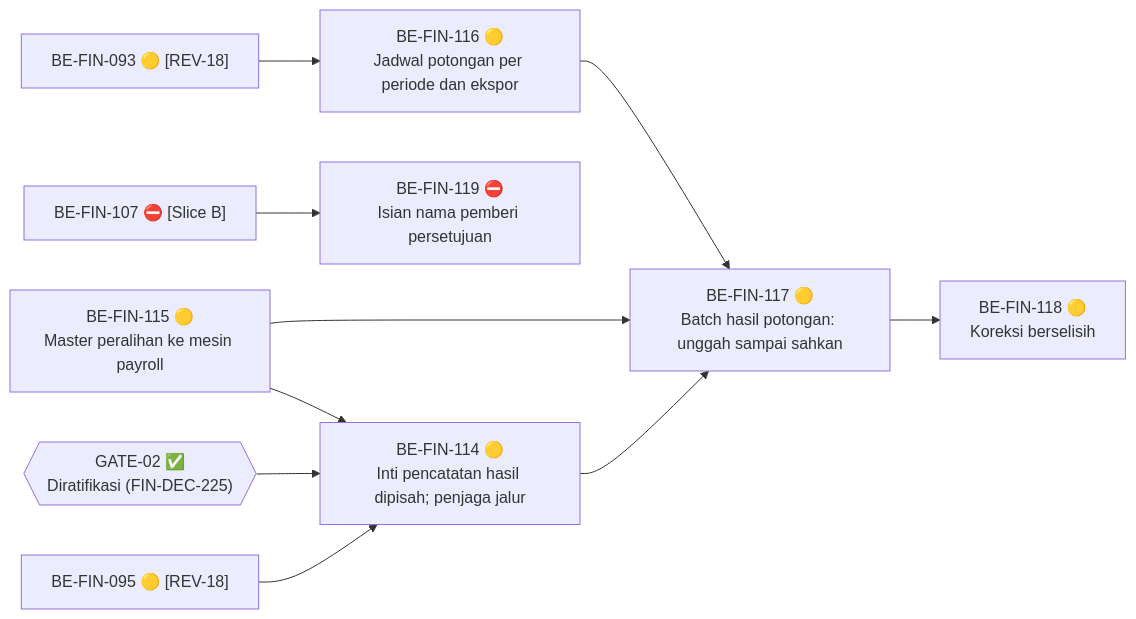
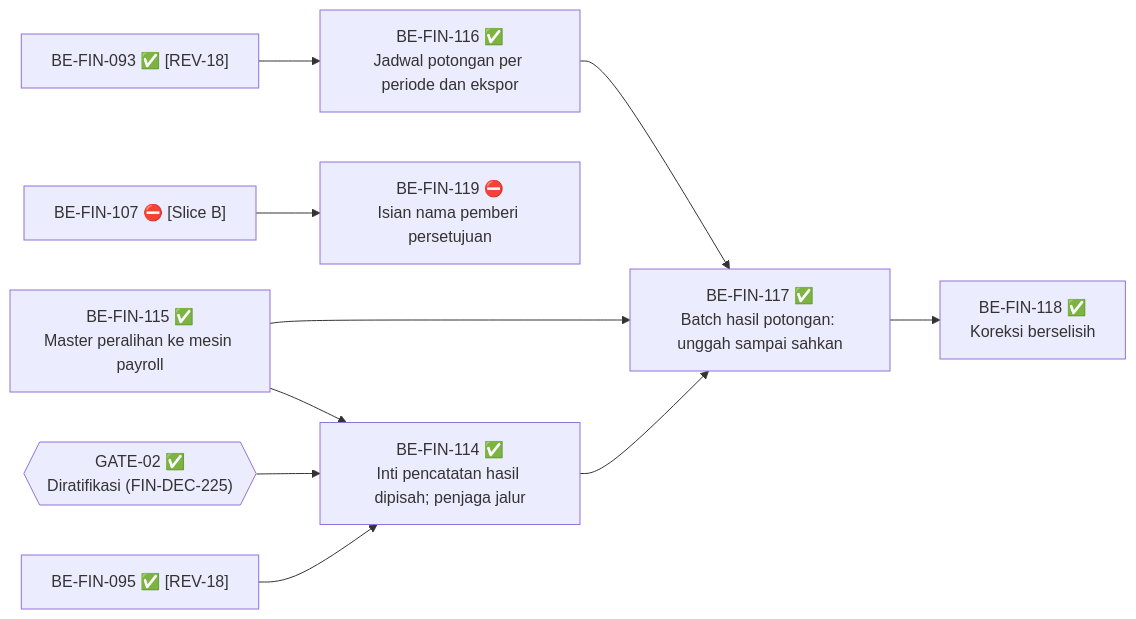
One commit to DevBenari/NewQuilvianSystemBackend changed the seventh of 7 diagrams in docs/module-blueprints/finance-management/roadmap/01-backend-roadmap.md. Above: the diagram before and after it, drawn with Mermaid. The commit also changed other lines of this file and 112 other files, not shown here.

````diff
--- a/docs/module-blueprints/finance-management/roadmap/01-backend-roadmap.md
+++ b/docs/module-blueprints/finance-management/roadmap/01-backend-roadmap.md
@@ -1956,22 +1956,22 @@
 ```mermaid
 flowchart LR
-    M093["BE-FIN-093 🟡 [REV-18]"]
-    M095["BE-FIN-095 🟡 [REV-18]"]
+    M093["BE-FIN-093 ✅ [REV-18]"]
+    M095["BE-FIN-095 ✅ [REV-18]"]
     M107["BE-FIN-107 ⛔ [Slice B]"]
     G02{{"GATE-02 ✅<br/>Diratifikasi (FIN-DEC-225)"}}
-    BE115["BE-FIN-115 🟡<br/>Master peralihan ke mesin payroll"]
-    BE116["BE-FIN-116 🟡<br/>Jadwal potongan per periode dan ekspor"]
-    BE114["BE-FIN-114 🟡<br/>Inti pencatatan hasil dipisah; penjaga jalur"]
-    BE117["BE-FIN-117 🟡<br/>Batch hasil potongan: unggah sampai sahkan"]
-    BE118["BE-FIN-118 🟡<br/>Koreksi berselisih"]
+    BE115["BE-FIN-115 ✅<br/>Master peralihan ke mesin payroll"]
+    BE116["BE-FIN-116 ✅<br/>Jadwal potongan per periode dan ekspor"]
+    BE114["BE-FIN-114 ✅<br/>Inti pencatatan hasil dipisah; penjaga jalur"]
+    BE117["BE-FIN-117 ✅<br/>Batch hasil potongan: unggah sampai sahkan"]
+    BE118["BE-FIN-118 ✅<br/>Koreksi berselisih"]
     BE119["BE-FIN-119 ⛔<br/>Isian nama pemberi persetujuan"]
     BE115 --> BE114
     M095 --> BE114
     G02 --> BE114
     M093 --> BE116
     BE114 --> BE117
     BE115 --> BE117
     BE116 --> BE117
     BE117 --> BE118
     M107 --> BE119
 ```
````
